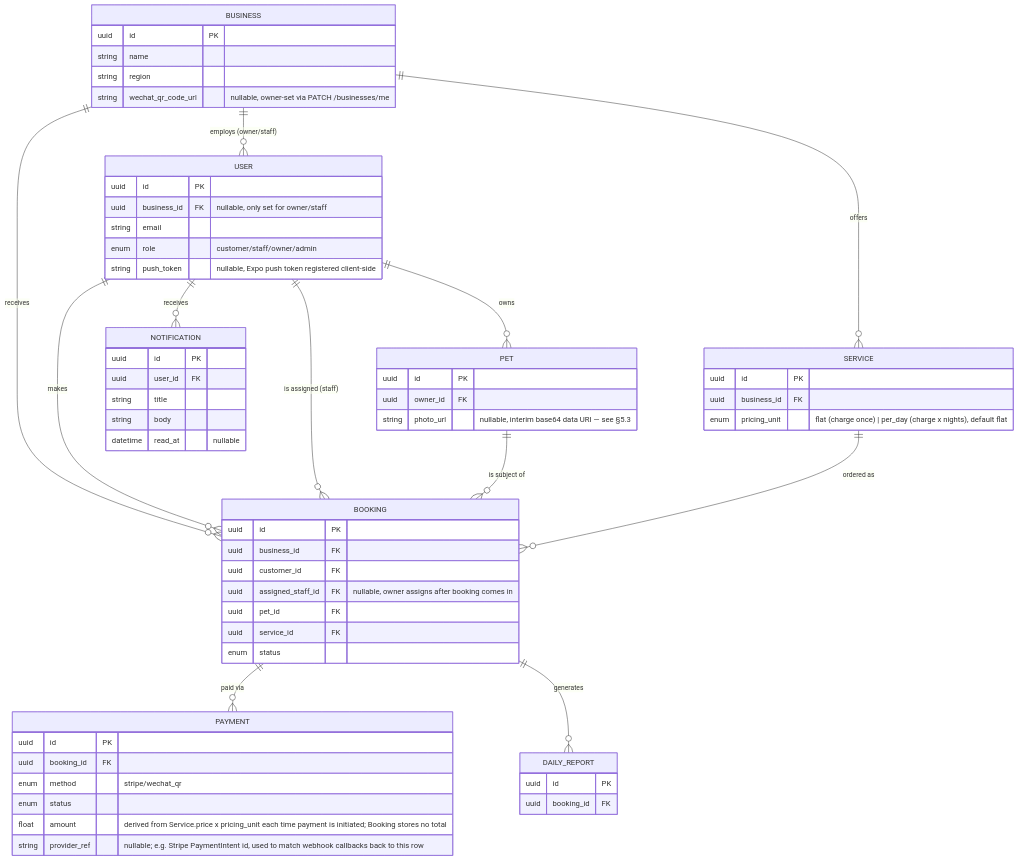
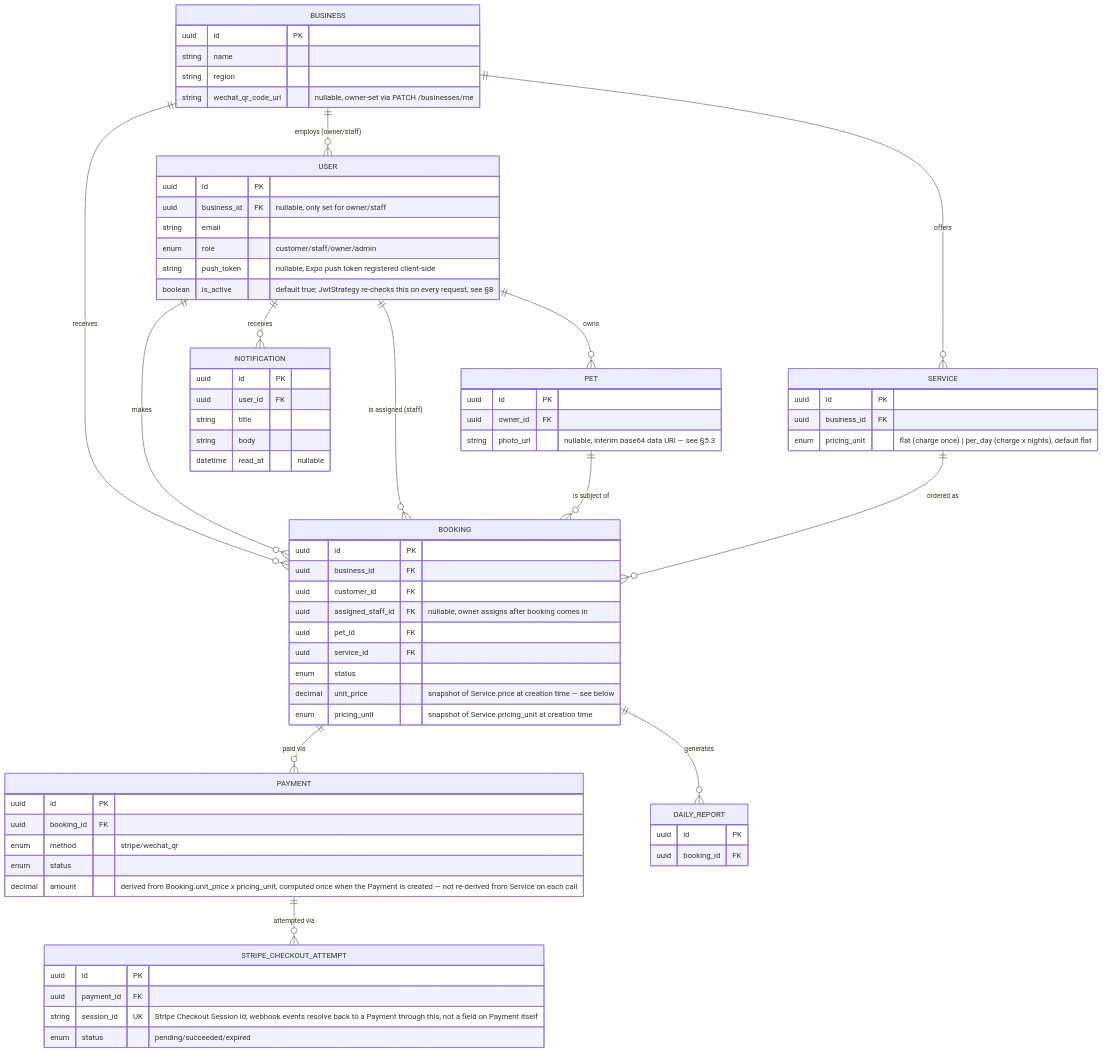
One commit to xiyunliu610/yt-paws-platform changed the second of 7 diagrams in docs/03_System_Architecture.md. Above: the diagram before and after it, drawn with Mermaid. The commit also changed other lines of this file and 37 other files, not shown here.

````diff
--- a/docs/03_System_Architecture.md
+++ b/docs/03_System_Architecture.md
@@ -157,66 +154,75 @@
 ```mermaid
 erDiagram
     BUSINESS ||--o{ USER : "employs (owner/staff)"
     BUSINESS ||--o{ SERVICE : offers
     BUSINESS ||--o{ BOOKING : receives
     USER ||--o{ PET : owns
     USER ||--o{ BOOKING : makes
     USER ||--o{ BOOKING : "is assigned (staff)"
     USER ||--o{ NOTIFICATION : receives
     PET ||--o{ BOOKING : "is subject of"
     SERVICE ||--o{ BOOKING : "ordered as"
     BOOKING ||--o{ PAYMENT : "paid via"
     BOOKING ||--o{ DAILY_REPORT : "generates"
+    PAYMENT ||--o{ STRIPE_CHECKOUT_ATTEMPT : "attempted via"
 
     BUSINESS {
         uuid id PK
         string name
         string region
         string wechat_qr_code_url "nullable, owner-set via PATCH /businesses/me"
     }
     USER {
         uuid id PK
         uuid business_id FK "nullable, only set for owner/staff"
         string email
         enum role "customer/staff/owner/admin"
         string push_token "nullable, Expo push token registered client-side"
+        boolean is_active "default true; JwtStrategy re-checks this on every request, see §8"
     }
     PET {
         uuid id PK
         uuid owner_id FK
         string photo_url "nullable, interim base64 data URI — see §5.3"
     }
     SERVICE {
         uuid id PK
         uuid business_id FK
         enum pricing_unit "flat (charge once) | per_day (charge x nights), default flat"
     }
     BOOKING {
         uuid id PK
         uuid business_id FK
         uuid customer_id FK
         uuid assigned_staff_id FK "nullable, owner assigns after booking comes in"
         uuid pet_id FK
         uuid service_id FK
         enum status
+        decimal unit_price "snapshot of Service.price at creation time — see below"
+        enum pricing_unit "snapshot of Service.pricing_unit at creation time"
     }
     PAYMENT {
         uuid id PK
         uuid booking_id FK
         enum method "stripe/wechat_qr"
         enum status
-        float amount "derived from Service.price x pricing_unit each time payment is initiated; Booking stores no total"
-        string provider_ref "nullable; e.g. Stripe PaymentIntent id, used to match webhook callbacks back to this row"
+        decimal amount "derived from Booking.unit_price x pricing_unit, computed once when the Payment is created — not re-derived from Service on each call"
+    }
+    STRIPE_CHECKOUT_ATTEMPT {
+        uuid id PK
+        uuid payment_id FK
+        string session_id UK "Stripe Checkout Session id; webhook events resolve back to a Payment through this, not a field on Payment itself"
+        enum status "pending/succeeded/expired"
     }
     DAILY_REPORT {
         uuid id PK
         uuid booking_id FK
     }
     NOTIFICATION {
         uuid id PK
         uuid user_id FK
         string title
         string body
         datetime read_at "nullable"
     }
 ```
````
